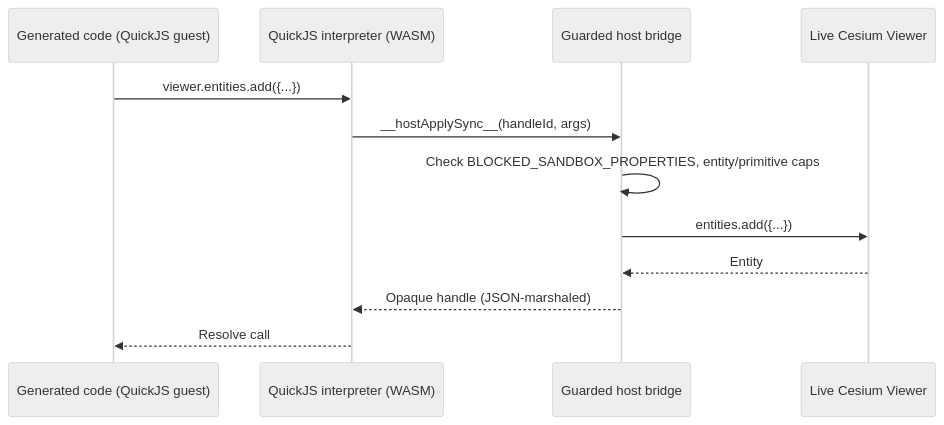
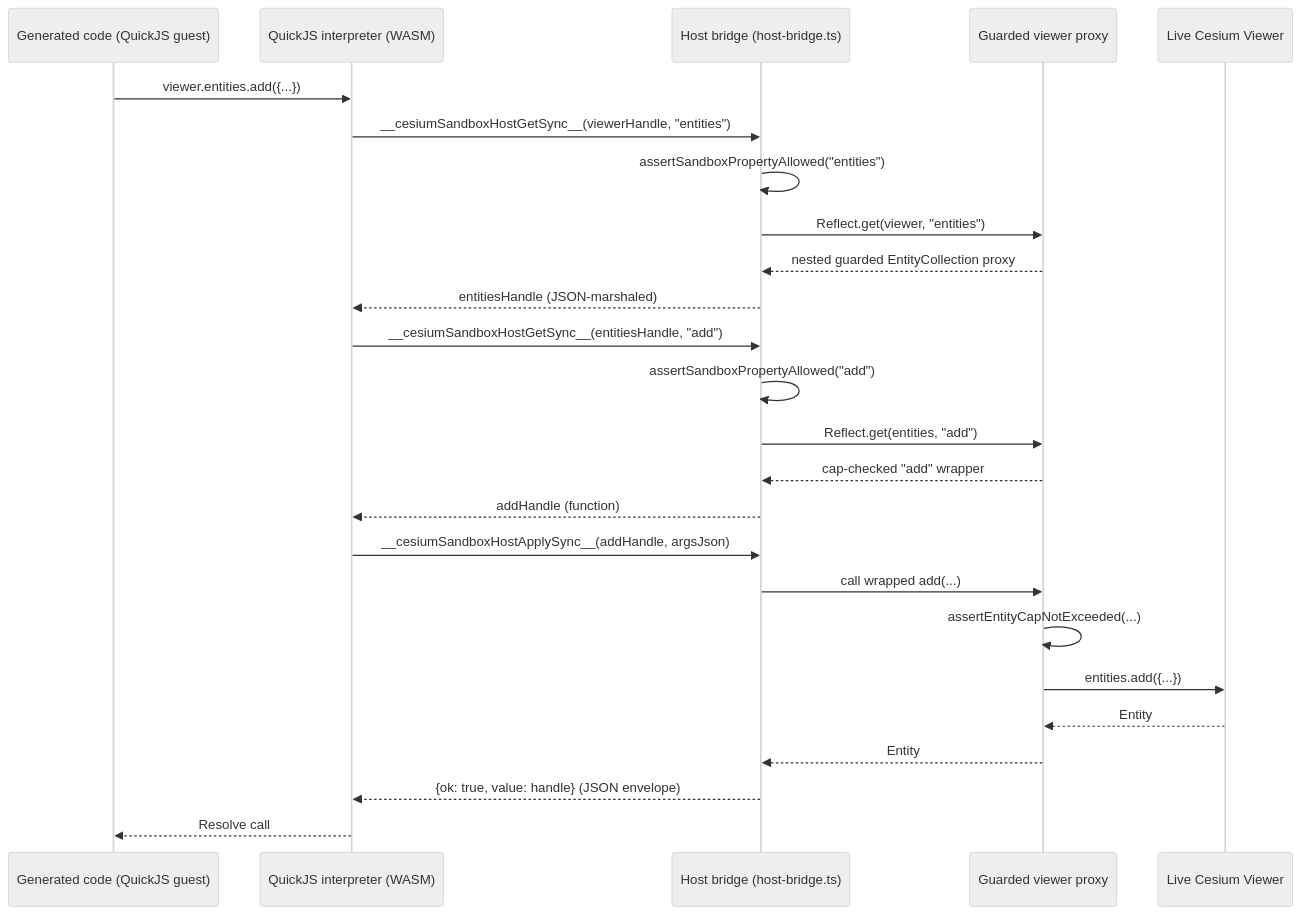
The fourth of 6 diagrams in docs/Codegen-execution-sandbox-options.md (CesiumGS/cesiumjs-ai-starter-app), drawn with Mermaid (neutral theme) before and after one commit. The commit also changed other lines of this file and 29 other files, not shown here.

````diff
--- a/docs/Codegen-execution-sandbox-options.md
+++ b/docs/Codegen-execution-sandbox-options.md
@@ -118,15 +137,28 @@
 ```mermaid
 sequenceDiagram
-    participant Model as Generated code (QuickJS guest)
+    participant Guest as Generated code (QuickJS guest)
     participant Interp as QuickJS interpreter (WASM)
-    participant Bridge as Guarded host bridge
+    participant Bridge as Host bridge (host-bridge.ts)
+    participant Proxy as Guarded viewer proxy
     participant Viewer as Live Cesium Viewer
 
-    Model->>Interp: viewer.entities.add({...})
-    Interp->>Bridge: __hostApplySync__(handleId, args)
-    Bridge->>Bridge: Check BLOCKED_SANDBOX_PROPERTIES, entity/primitive caps
-    Bridge->>Viewer: entities.add({...})
-    Viewer-->>Bridge: Entity
-    Bridge-->>Interp: Opaque handle (JSON-marshaled)
-    Interp-->>Model: Resolve call
+    Guest->>Interp: viewer.entities.add({...})
+    Interp->>Bridge: __cesiumSandboxHostGetSync__(viewerHandle, "entities")
+    Bridge->>Bridge: assertSandboxPropertyAllowed("entities")
+    Bridge->>Proxy: Reflect.get(viewer, "entities")
+    Proxy-->>Bridge: nested guarded EntityCollection proxy
+    Bridge-->>Interp: entitiesHandle (JSON-marshaled)
+    Interp->>Bridge: __cesiumSandboxHostGetSync__(entitiesHandle, "add")
+    Bridge->>Bridge: assertSandboxPropertyAllowed("add")
+    Bridge->>Proxy: Reflect.get(entities, "add")
+    Proxy-->>Bridge: cap-checked "add" wrapper
+    Bridge-->>Interp: addHandle (function)
+    Interp->>Bridge: __cesiumSandboxHostApplySync__(addHandle, argsJson)
+    Bridge->>Proxy: call wrapped add(...)
+    Proxy->>Proxy: assertEntityCapNotExceeded(...)
+    Proxy->>Viewer: entities.add({...})
+    Viewer-->>Proxy: Entity
+    Proxy-->>Bridge: Entity
+    Bridge-->>Interp: {ok: true, value: handle} (JSON envelope)
+    Interp-->>Guest: Resolve call
 ```
````
